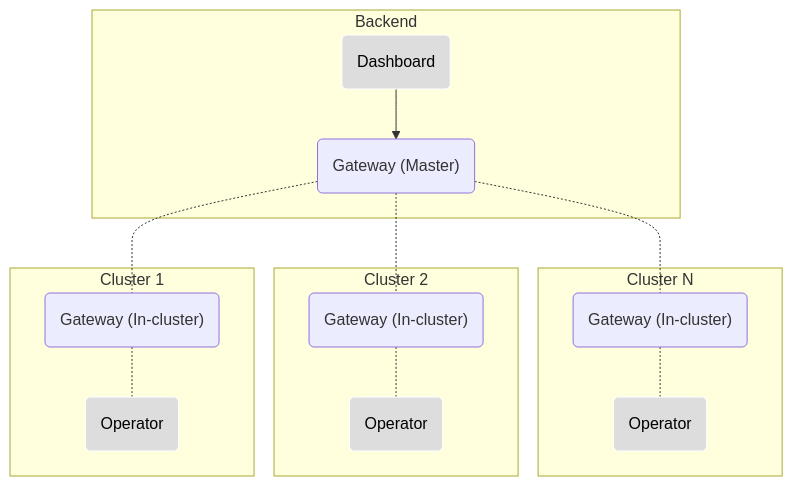
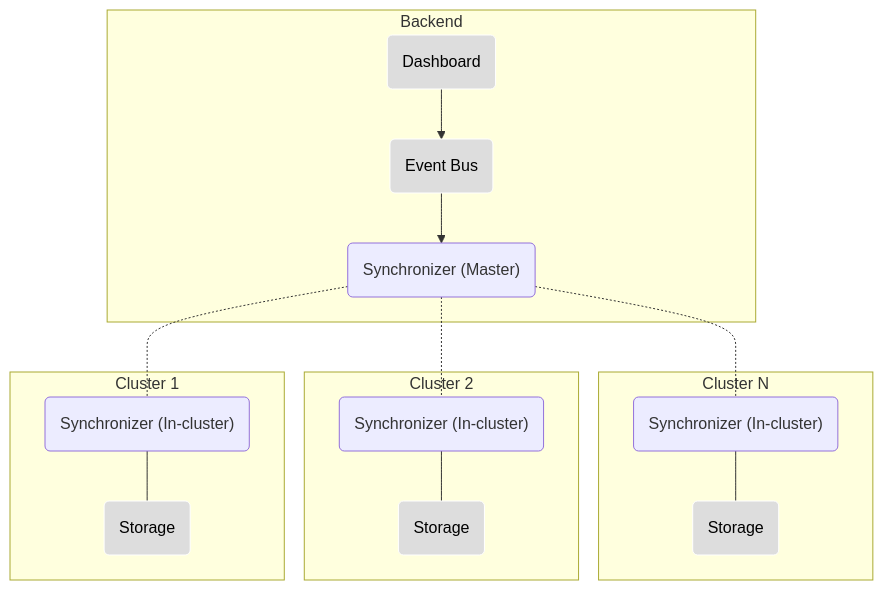
One commit to kubescape/helm-charts changed the second of 7 diagrams in charts/kubescape-operator/README.md. Above: the diagram before and after it, drawn with Mermaid. The commit also changed other lines of this file and 1 other file, not shown here.

Commit message:
update readme and diagrams

````diff
--- a/charts/kubescape-operator/README.md
+++ b/charts/kubescape-operator/README.md
@@ -217,33 +223,34 @@
 ```mermaid
 graph TB
   subgraph Backend
-   dashboard(Dashboard)
-    masterGw("Gateway (Master)")
+    dashboard(Dashboard)
+    event(Event Bus)
+    masterSync("Synchronizer (Master)")
   end
    subgraph Cluster N
-    gw3("Gateway (In-cluster)")
-    operator3(Operator)
+    sync3("Synchronizer (In-cluster)")
+    store3(Storage)
   end;
   subgraph Cluster 2
-    gw2("Gateway (In-cluster)")
-    operator2(Operator)
+    sync2("Synchronizer (In-cluster)")
+    store2(Storage)
   end;
-
-subgraph Cluster 1
-    gw1("Gateway (In-cluster)")
-    operator1(Operator)
+  subgraph Cluster 1
+    sync1("Synchronizer (In-cluster)")
+    store1(Storage)
   end;
-  dashboard --> masterGw
-   masterGw .- gw2
-   masterGw .- gw3
-       gw1 .- operator1
-    gw2 .- operator2
-    gw3 .- operator3
-   masterGw .- gw1
+  
+  dashboard --> event --> masterSync
+  masterSync .- sync1
+  masterSync .- sync2
+  masterSync .- sync3
+  sync1 --- store1
+  sync2 --- store2
+  sync3 --- store3
 
 
   classDef k8s fill:#326ce5,stroke:#fff,stroke-width:1px,color:#fff;
   classDef plain fill:#ddd,stroke:#fff,stroke-width:1px,color:#000;
   class k8sApi k8s
-  class ks,operator1,dashboard,operator2,operator3 plain
+  class event,ks,store1,dashboard,store2,store3 plain
 ```
````
